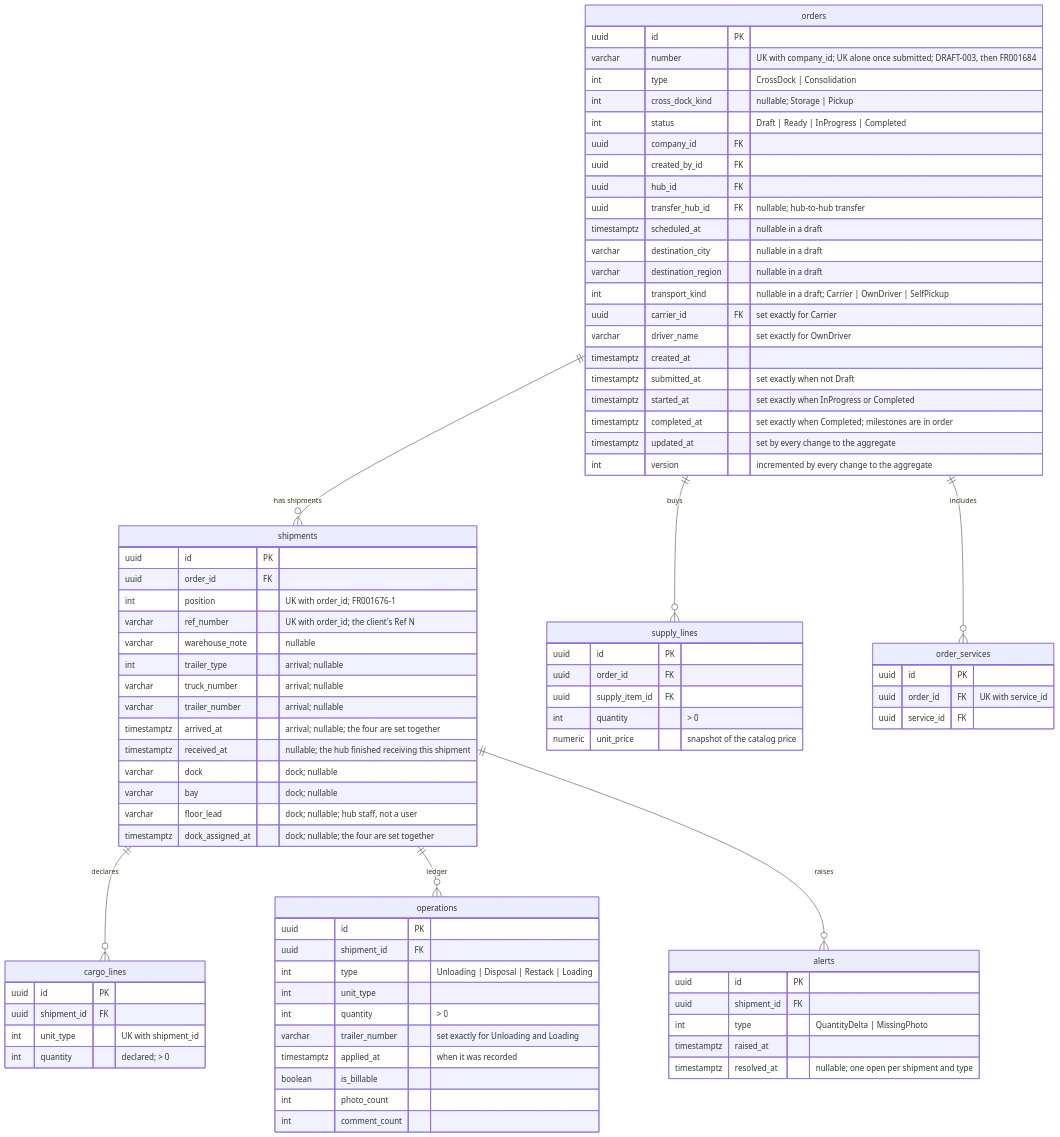
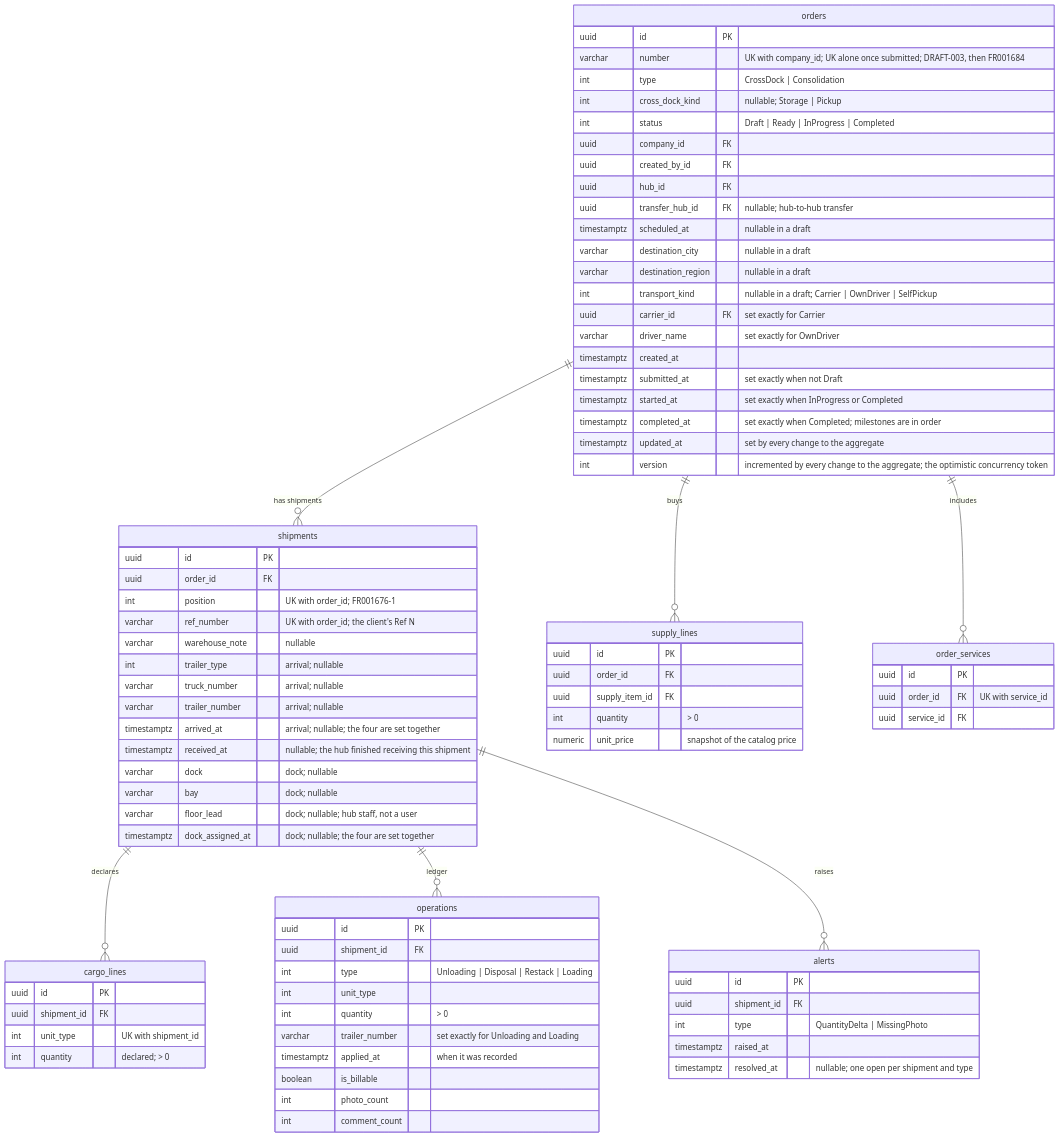
The first of 2 diagrams in docs/er-diagram.md (bohdan-ivaniichuk/freitty-cabinet-api), drawn with Mermaid before and after one commit. The commit also changed other lines of this file and 181 other files, not shown here.

```diff
--- a/docs/er-diagram.md
+++ b/docs/er-diagram.md
@@ -42,7 +42,7 @@
         timestamptz started_at "set exactly when InProgress or Completed"
         timestamptz completed_at "set exactly when Completed; milestones are in order"
         timestamptz updated_at "set by every change to the aggregate"
-        int version "incremented by every change to the aggregate"
+        int version "incremented by every change to the aggregate; the optimistic concurrency token"
     }
 
     shipments {
```
